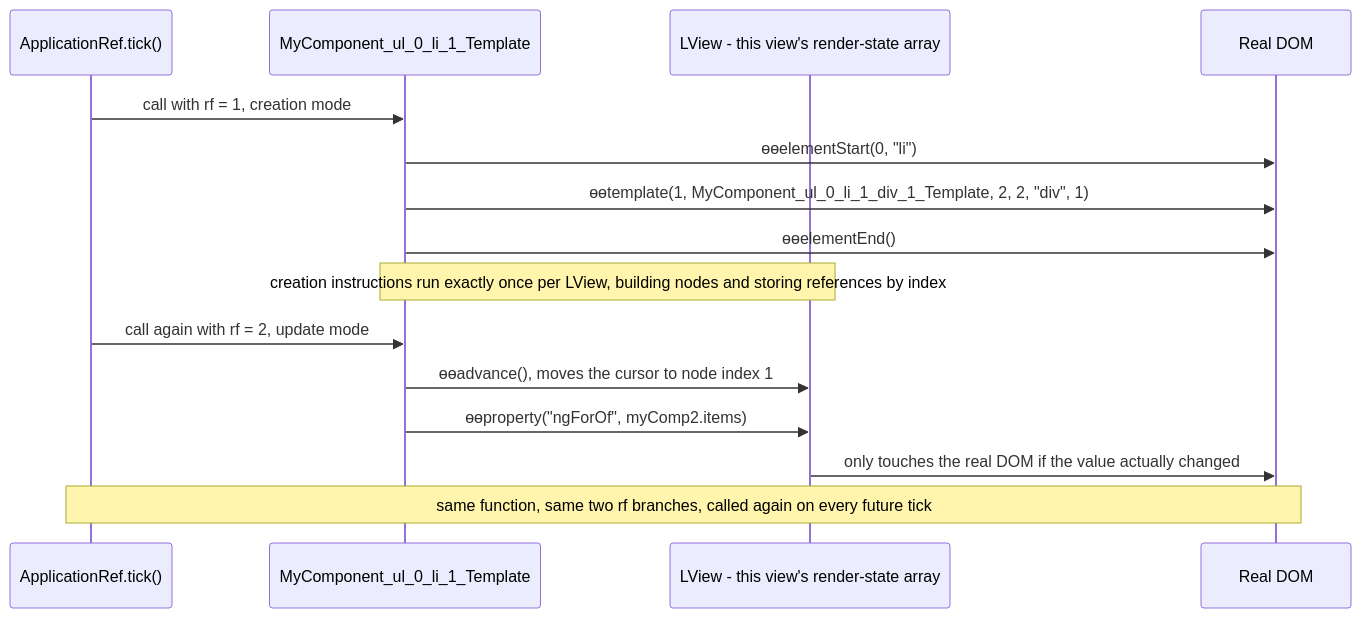
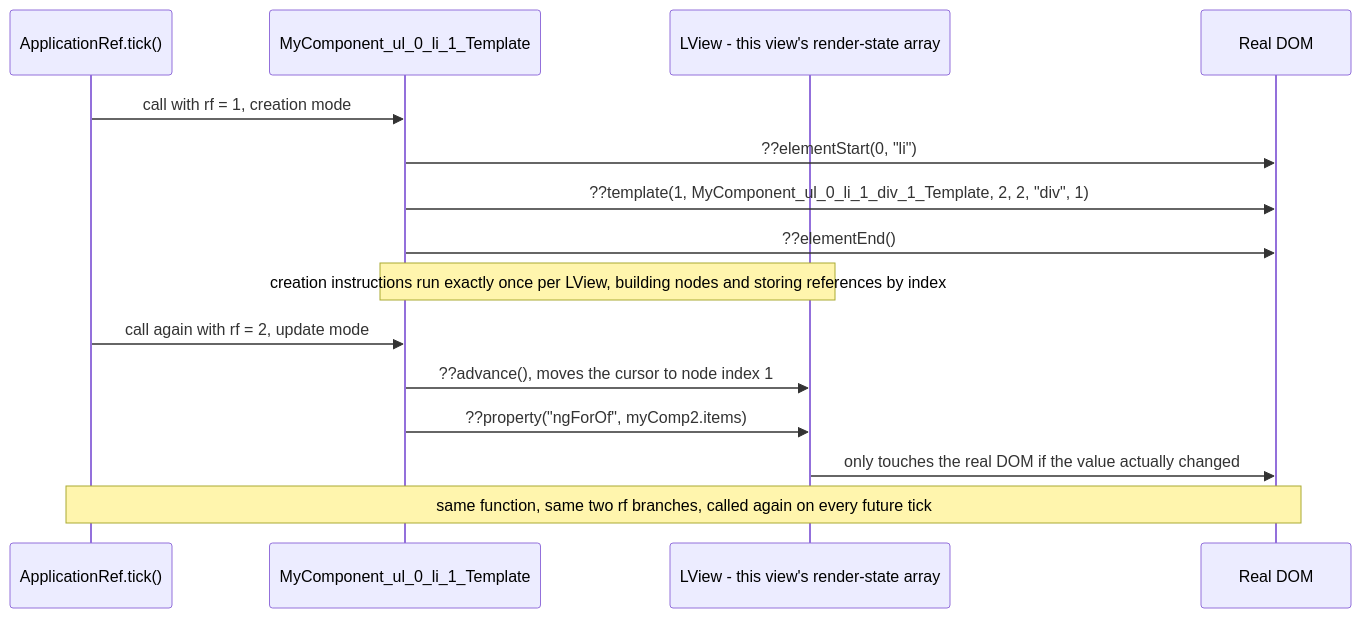
One commit to mayurjp/dev-blog changed the third of 3 diagrams in _posts/2026-05-28-angular-bootstrap-sequence-ivy-render-functions.md. Above: the diagram before and after it, drawn with Mermaid. The commit also changed other lines of this file and 383 other files, not shown here.

````diff
--- a/_posts/2026-05-28-angular-bootstrap-sequence-ivy-render-functions.md
+++ b/_posts/2026-05-28-angular-bootstrap-sequence-ivy-render-functions.md
@@ -67,18 +69,18 @@
 ```mermaid
 sequenceDiagram
     participant Tick as ApplicationRef.tick()
     participant TF as MyComponent_ul_0_li_1_Template
     participant LView as LView - this view's render-state array
     participant DOM as Real DOM
 
     Tick->>TF: call with rf = 1, creation mode
-    TF->>DOM: ɵɵelementStart(0, "li")
-    TF->>DOM: ɵɵtemplate(1, MyComponent_ul_0_li_1_div_1_Template, 2, 2, "div", 1)
-    TF->>DOM: ɵɵelementEnd()
+    TF->>DOM: ??elementStart(0, "li")
+    TF->>DOM: ??template(1, MyComponent_ul_0_li_1_div_1_Template, 2, 2, "div", 1)
+    TF->>DOM: ??elementEnd()
     Note over TF,LView: creation instructions run exactly once per LView, building nodes and storing references by index
     Tick->>TF: call again with rf = 2, update mode
-    TF->>LView: ɵɵadvance(), moves the cursor to node index 1
-    TF->>LView: ɵɵproperty("ngForOf", myComp2.items)
+    TF->>LView: ??advance(), moves the cursor to node index 1
+    TF->>LView: ??property("ngForOf", myComp2.items)
     LView->>DOM: only touches the real DOM if the value actually changed
     Note over Tick,DOM: same function, same two rf branches, called again on every future tick
 ```
````
